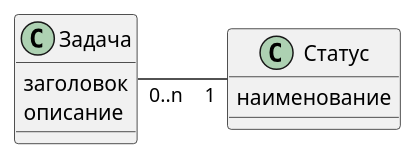
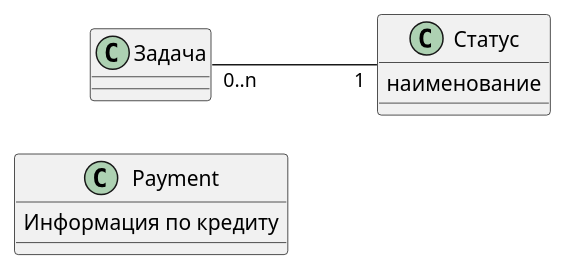
Before and after one commit to morkva007/Payment_schedules: the first of 2 diagrams in src/docs/asciidoc/db/db.puml, drawn with PlantUML. The commit also changed other lines of this file and 13 other files, not shown here.

```diff
--- a/src/docs/asciidoc/db/db.puml
+++ b/src/docs/asciidoc/db/db.puml
@@ -1,16 +1,15 @@
 @startuml
 
 left to right direction
 
-class Задача {
-    заголовок
-    описание
+class Payment{
+    Информация по кредиту
 }
 
 class Статус {
     наименование
 }
 
 Задача "0..n" -- "1" Статус
 
 @enduml
```
